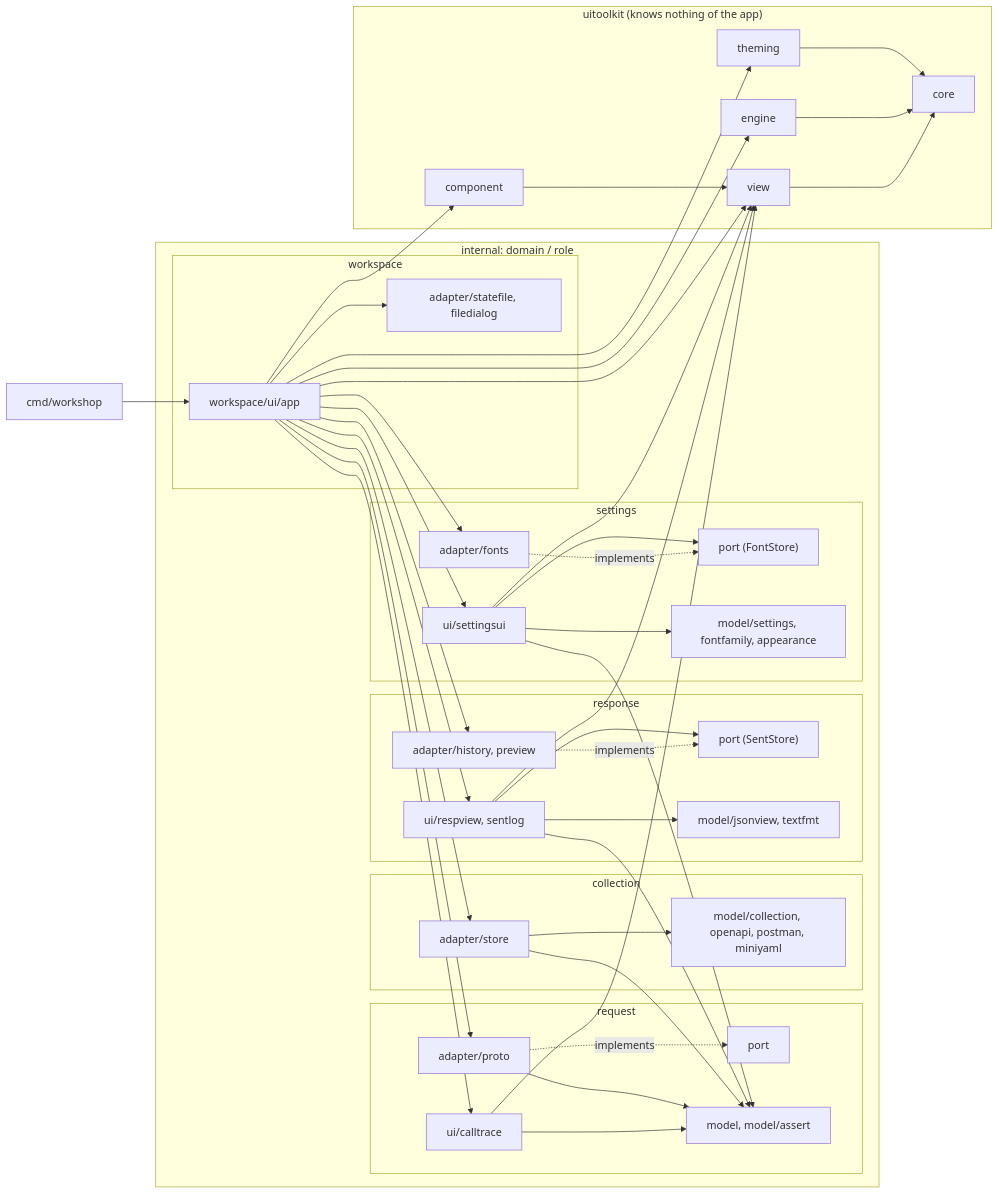
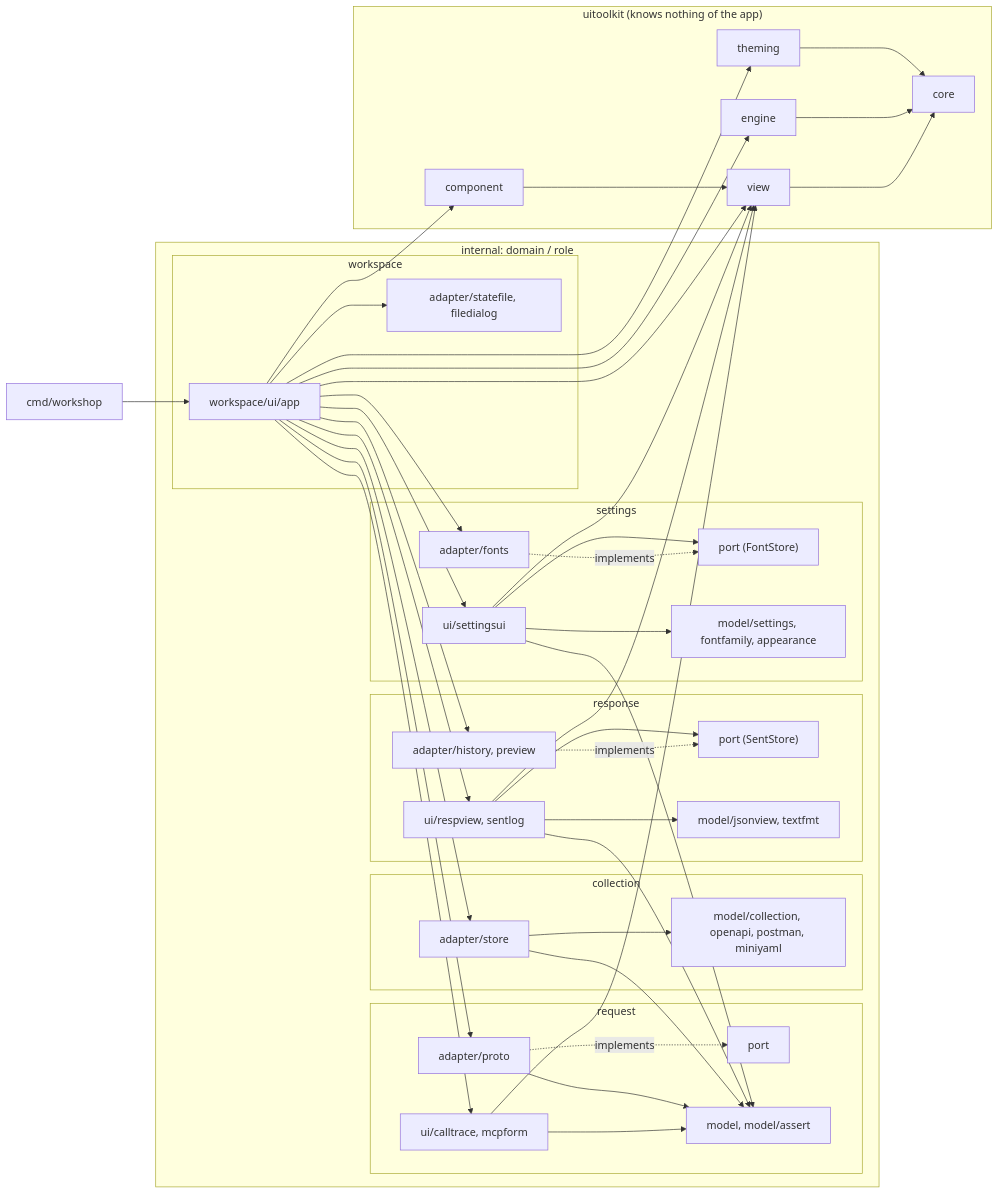
The diagram in .harness/architecture.md (gascoigne-ai/gascoigne-workshop), drawn with Mermaid before and after one commit. The commit also changed other lines of this file and 6 other files, not shown here.

````diff
--- a/.harness/architecture.md
+++ b/.harness/architecture.md
@@ -5,50 +5,50 @@
 ```mermaid
 flowchart LR
   cmd["cmd/workshop"] --> app["workspace/ui/app"]
   subgraph domains["internal: domain / role"]
     subgraph request
-      rui["ui/calltrace"]
+      rui["ui/calltrace, mcpform"]
       rad["adapter/proto"]
       rport["port"]
       rmod["model, model/assert"]
     end
     subgraph collection
       cad["adapter/store"]
       cmod["model/collection, openapi, postman, miniyaml"]
     end
     subgraph response
       sui["ui/respview, sentlog"]
       sport["port (SentStore)"]
       sad["adapter/history, preview"]
       smod["model/jsonview, textfmt"]
     end
     subgraph settings
       tui["ui/settingsui"]
       tport["port (FontStore)"]
       tad["adapter/fonts"]
       tmod["model/settings, fontfamily, appearance"]
     end
     subgraph workspace
       app
       wad["adapter/statefile, filedialog"]
     end
   end
   app --> rui & rad & cad & sui & sad & tui & tad & wad
   rui & rad & cad & sui & tui --> rmod
   rad -. implements .-> rport
   sad -. implements .-> sport
   sui --> sport
   tad -. implements .-> tport
   tui --> tport
   tui --> tmod
   cad --> cmod
   sui --> smod
   subgraph toolkit["uitoolkit (knows nothing of the app)"]
     component["component"] --> view["view"]
     view --> core["core"]
     engine["engine"] --> core
     theming["theming"] --> core
   end
   app --> component & view & engine & theming
   rui & sui & tui --> view
 ```
````
